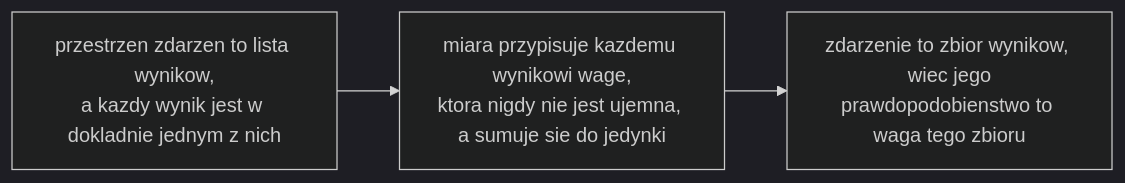
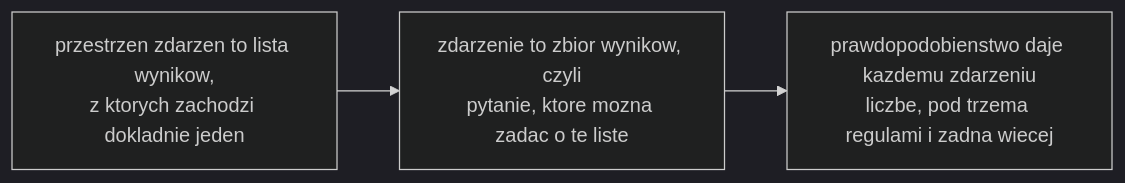
The diagram in figures/mermaid/pl/p23-space-and-measure.mmd (konradcinkusz/math-for-ai-engineers), drawn with Mermaid (dark theme) before and after one commit. The commit also changed 21 other files, not shown here.

```diff
--- a/figures/mermaid/pl/p23-space-and-measure.mmd
+++ b/figures/mermaid/pl/p23-space-and-measure.mmd
@@ -1,4 +1,4 @@
 flowchart LR
-  A["przestrzen zdarzen to lista wynikow,<br/>a kazdy wynik jest w dokladnie jednym z nich"]
-  A --> B["miara przypisuje kazdemu wynikowi wage,<br/>ktora nigdy nie jest ujemna, a sumuje sie do jedynki"]
-  B --> C["zdarzenie to zbior wynikow, wiec jego<br/>prawdopodobienstwo to waga tego zbioru"]
+  A["przestrzen zdarzen to lista wynikow,<br/>z ktorych zachodzi dokladnie jeden"]
+  A --> B["zdarzenie to zbior wynikow, czyli<br/>pytanie, ktore mozna zadac o te liste"]
+  B --> C["prawdopodobienstwo daje kazdemu zdarzeniu<br/>liczbe, pod trzema regulami i zadna wiecej"]
```
